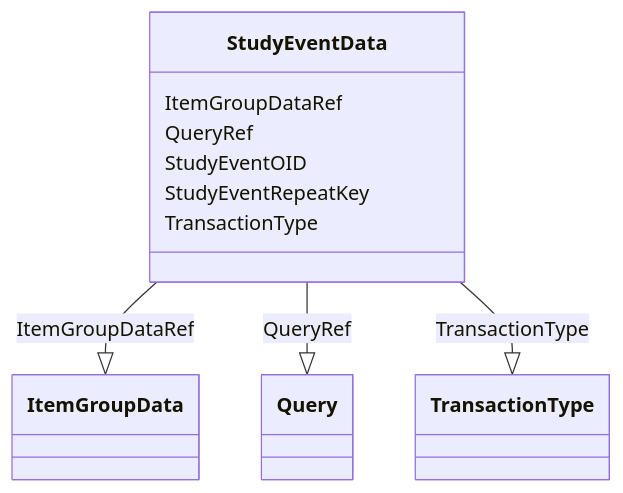
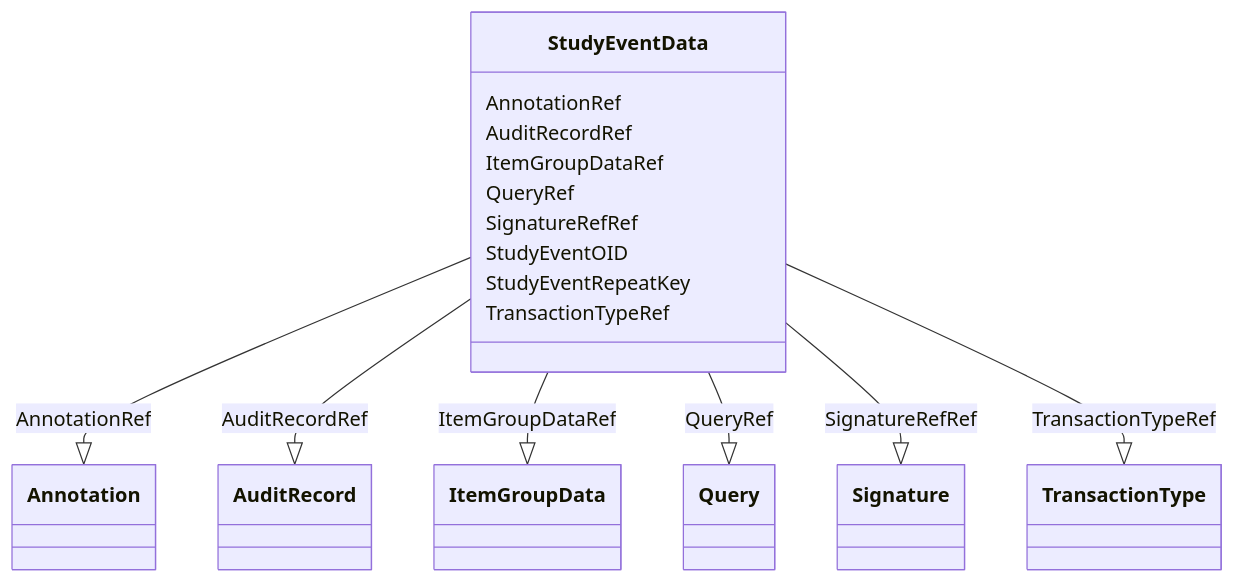
The diagram in docs/StudyEventData.md (cdisc-org/DataExchange-ODM-LinkML), drawn with Mermaid before and after one commit. The commit also changed other lines of this file and 398 other files, not shown here.

Commit message:
refreshing for latest updates to schema

````diff
--- a/docs/StudyEventData.md
+++ b/docs/StudyEventData.md
@@ -9,21 +9,33 @@
 ```mermaid
  classDiagram
     class StudyEventData
+      StudyEventData : AnnotationRef
+        
+          StudyEventData --|> Annotation : AnnotationRef
+        
+      StudyEventData : AuditRecordRef
+        
+          StudyEventData --|> AuditRecord : AuditRecordRef
+        
       StudyEventData : ItemGroupDataRef
         
           StudyEventData --|> ItemGroupData : ItemGroupDataRef
         
       StudyEventData : QueryRef
         
           StudyEventData --|> Query : QueryRef
         
+      StudyEventData : SignatureRefRef
+        
+          StudyEventData --|> Signature : SignatureRefRef
+        
       StudyEventData : StudyEventOID
         
       StudyEventData : StudyEventRepeatKey
         
-      StudyEventData : TransactionType
+      StudyEventData : TransactionTypeRef
         
-          StudyEventData --|> TransactionType : TransactionType
+          StudyEventData --|> TransactionType : TransactionTypeRef
         
       
 ```
````
